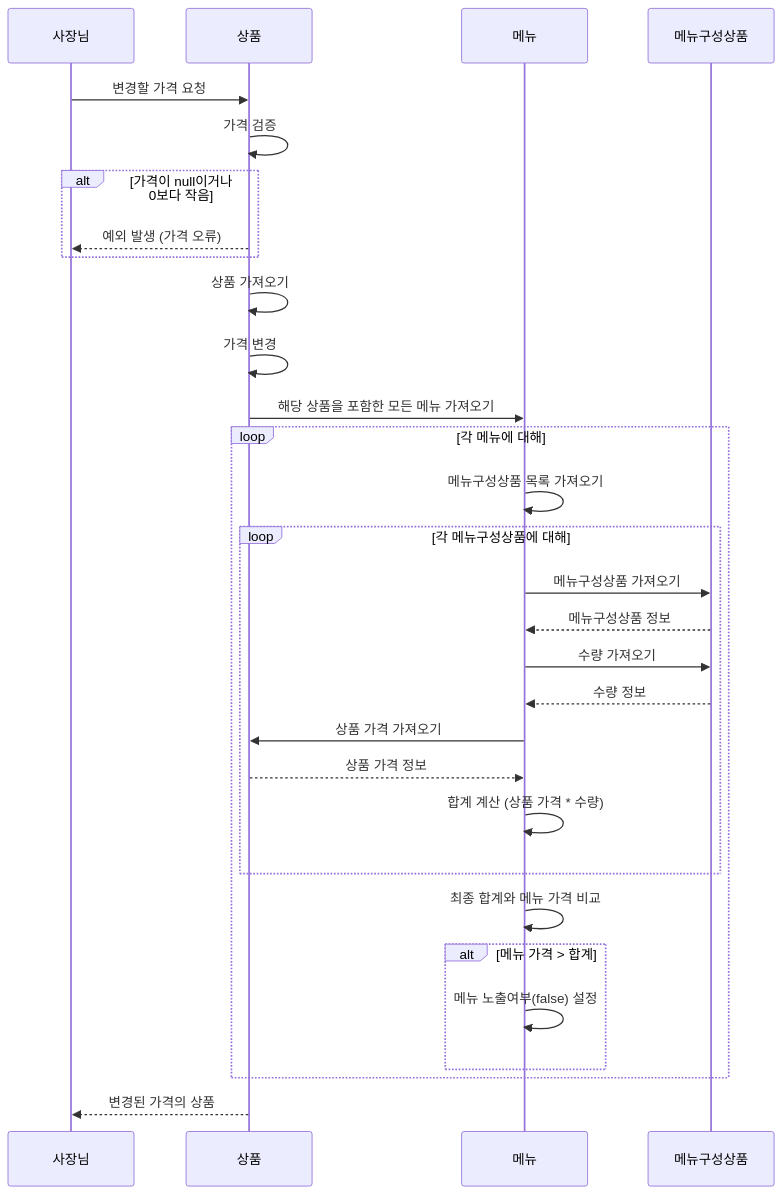
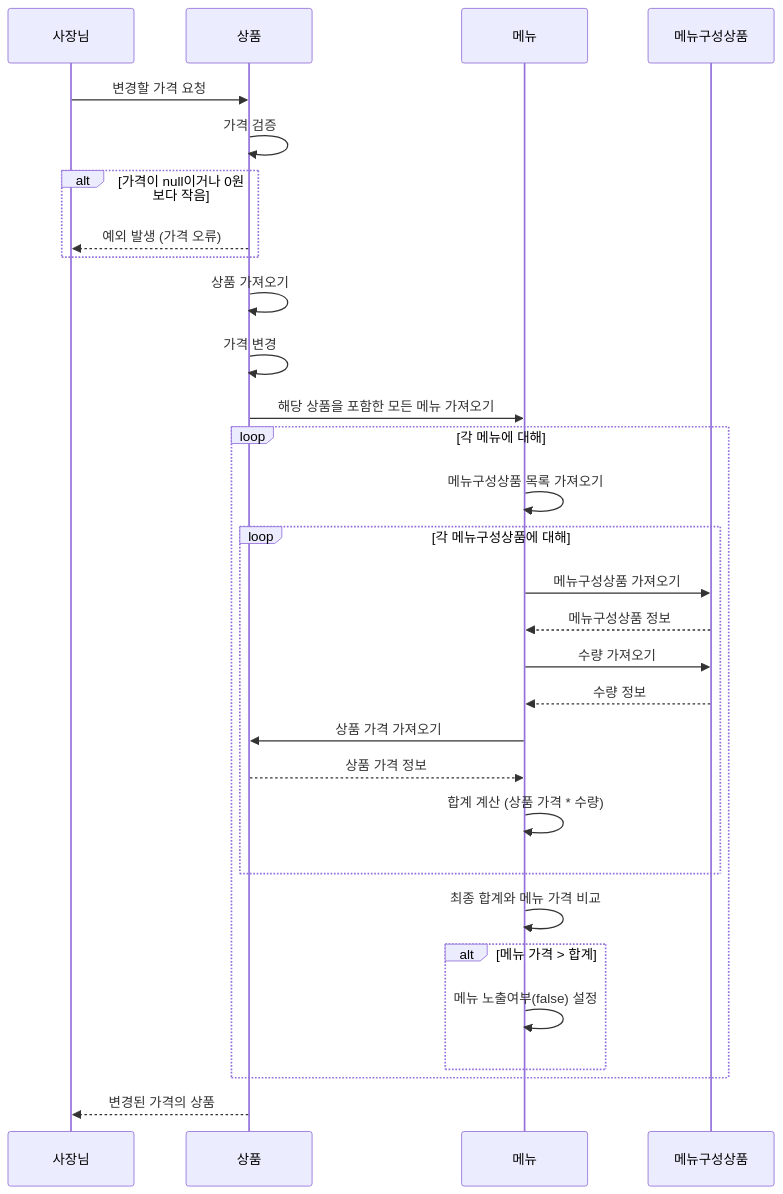
One commit to mj950425/ddd-strategic-design changed the first of 7 diagrams in README.md. Above: the diagram before and after it, drawn with Mermaid. The commit also changed other lines of this file, not shown here.

````diff
--- a/README.md
+++ b/README.md
@@ -269,32 +269,32 @@
 ```mermaid  
 sequenceDiagram
     participant 사장님
     participant 상품
     participant 메뉴
     participant 메뉴구성상품
     사장님 ->> 상품: 변경할 가격 요청
     상품 ->> 상품: 가격 검증
-    alt 가격이 null이거나 0보다 작음
+    alt 가격이 null이거나 0원 보다 작음
         상품 -->> 사장님: 예외 발생 (가격 오류)
     end
     상품 ->> 상품: 상품 가져오기
     상품 ->> 상품: 가격 변경
     상품 ->> 메뉴: 해당 상품을 포함한 모든 메뉴 가져오기
     loop 각 메뉴에 대해
         메뉴 ->> 메뉴: 메뉴구성상품 목록 가져오기
         loop 각 메뉴구성상품에 대해
             메뉴 ->> 메뉴구성상품: 메뉴구성상품 가져오기
             메뉴구성상품 -->> 메뉴: 메뉴구성상품 정보
             메뉴 ->> 메뉴구성상품: 수량 가져오기
             메뉴구성상품 -->> 메뉴: 수량 정보
             메뉴 ->> 상품: 상품 가격 가져오기
             상품 -->> 메뉴: 상품 가격 정보
             메뉴 ->> 메뉴: 합계 계산 (상품 가격 * 수량)
         end
         메뉴 ->> 메뉴: 최종 합계와 메뉴 가격 비교
         alt 메뉴 가격 > 합계
             메뉴 ->> 메뉴: 메뉴 노출여부(false) 설정
         end end
     상품 -->> 사장님: 변경된 가격의 상품
 
 ```  
````
